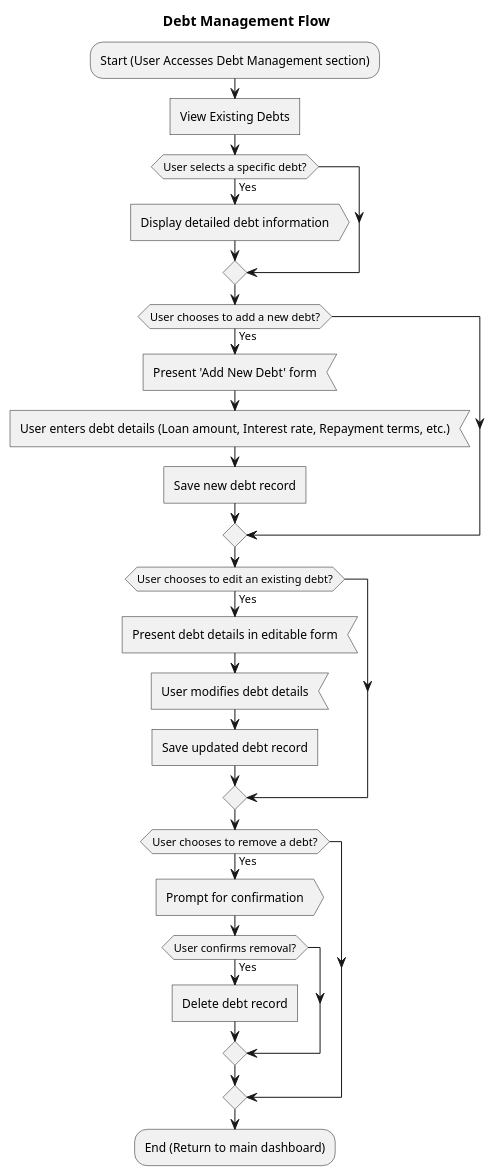
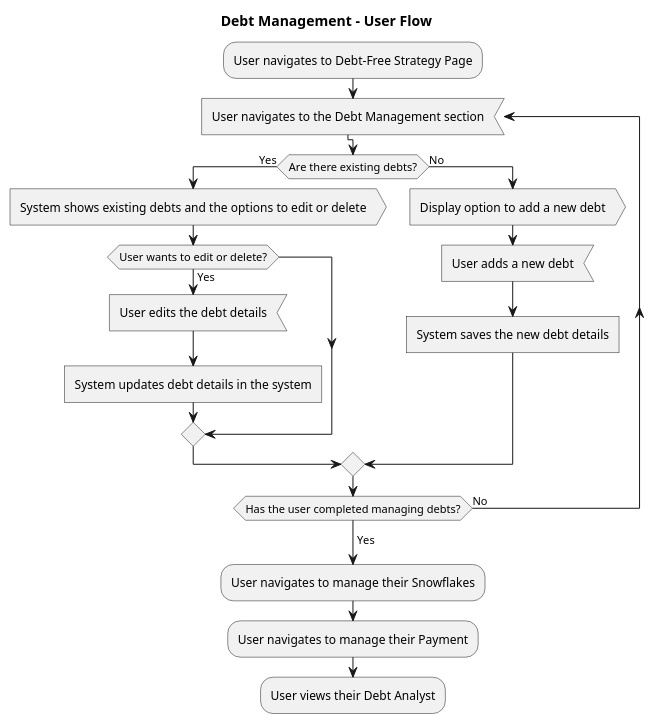
Before and after one commit to Guilderm/SnowballPlanner: the seventh of 10 diagrams in Documents/Product Requirements Document (PRD).md, drawn with PlantUML. The commit also changed other lines of this file and 1 other file, not shown here.

Commit message:
updated debt and snowflakes

````diff
--- a/Documents/Product Requirements Document (PRD).md
+++ b/Documents/Product Requirements Document (PRD).md
@@ -789,35 +798,30 @@
 ```plantuml
 @startuml
-title Debt Management Flow
+title Debt Management - User Flow
 
-:Start (User Accesses Debt Management section); 
+:User navigates to Debt-Free Strategy Page;
 
-:View Existing Debts; <<task>>
+repeat :User navigates to the Debt Management section; <<input>>
 
-if (User selects a specific debt?) then (Yes)
-  :Display detailed debt information; <<output>>
+if (Are there existing debts?) then (Yes)
+  :System shows existing debts and the options to edit or delete; <<output>>
+  
+  if (User wants to edit or delete?) then (Yes)
+    :User edits the debt details; <<input>>
+    :System updates debt details in the system; <<task>>
+  endif
+else (No)
+  :Display option to add a new debt; <<output>>
+  :User adds a new debt; <<input>>
+  :System saves the new debt details; <<task>>
 endif
 
-if (User chooses to add a new debt?) then (Yes)
-  :Present 'Add New Debt' form; <<input>>
-  :User enters debt details (Loan amount, Interest rate, Repayment terms, etc.); <<input>>
-  :Save new debt record; <<task>>
-endif
+repeat while (Has the user completed managing debts?) is (No)
+  -> Yes;
 
-if (User chooses to edit an existing debt?) then (Yes)
-  :Present debt details in editable form; <<input>>
-  :User modifies debt details; <<input>>
-  :Save updated debt record; <<task>>
-endif
-
-if (User chooses to remove a debt?) then (Yes)
-  :Prompt for confirmation; <<output>>
-  if (User confirms removal?) then (Yes)
-    :Delete debt record; <<task>>
-  endif
-endif
-
-:End (Return to main dashboard);
+:User navigates to manage their Snowflakes;
+:User navigates to manage their Payment;
+:User views their Debt Analyst;
 
 @enduml
 ```
````
